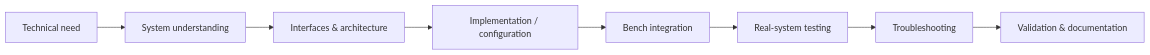
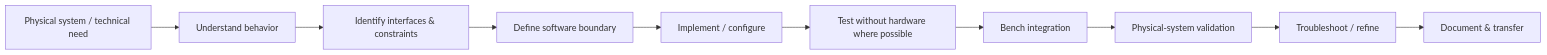
The diagram in README.md (medman09/engineering-portfolio), drawn with Mermaid before and after one commit. The commit also changed other lines of this file and 5 other files, not shown here.

````diff
--- a/README.md
+++ b/README.md
@@ -95,10 +115,12 @@
 ```mermaid
 flowchart LR
-    A[Technical need] --> B[System understanding]
-    B --> C[Interfaces & architecture]
-    C --> D[Implementation / configuration]
-    D --> E[Bench integration]
-    E --> F[Real-system testing]
-    F --> G[Troubleshooting]
-    G --> H[Validation & documentation]
+    A[Physical system / technical need] --> B[Understand behavior]
+    B --> C[Identify interfaces & constraints]
+    C --> D[Define software boundary]
+    D --> E[Implement / configure]
+    E --> F[Test without hardware where possible]
+    F --> G[Bench integration]
+    G --> H[Physical-system validation]
+    H --> I[Troubleshoot / refine]
+    I --> J[Document & transfer]
 ```
````
